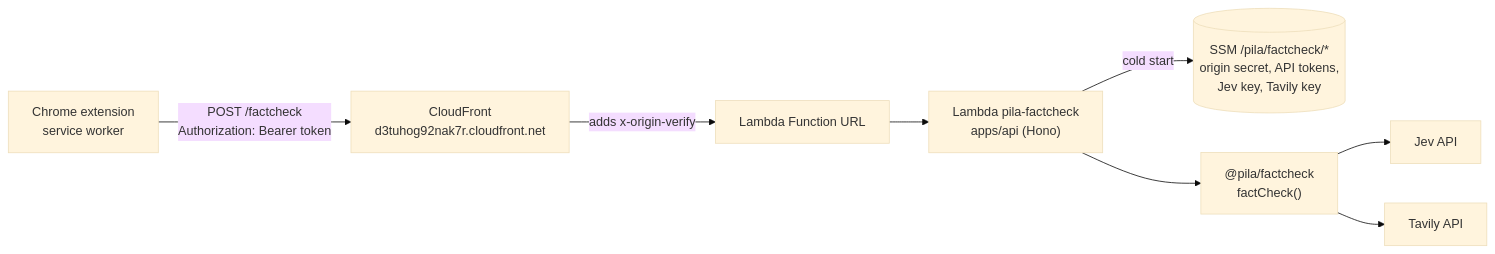
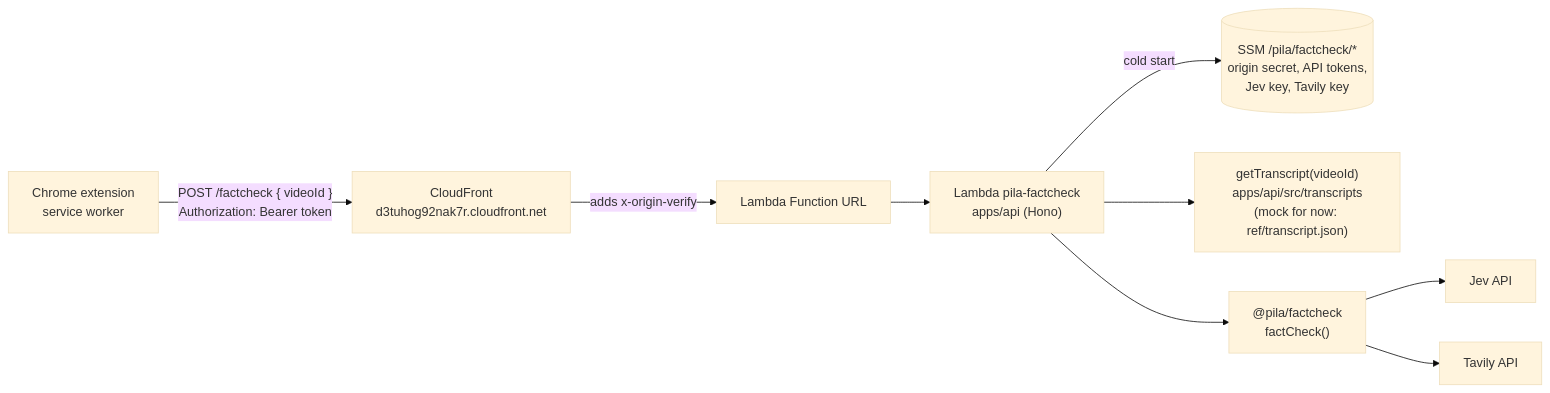
Before and after one commit to twbraam/pila: the first of 6 diagrams in packages/factcheck/docs/workflow.md, drawn with Mermaid (base theme). The commit also changed other lines of this file and 19 other files, not shown here.

First line of the commit message:
feat: API takes a YouTube video ID and loads the transcript itself

````diff
--- a/packages/factcheck/docs/workflow.md
+++ b/packages/factcheck/docs/workflow.md
@@ -13,10 +14,11 @@
 ```mermaid
 flowchart LR
-    EXT["Chrome extension<br/>service worker"] -->|"POST /factcheck<br/>Authorization: Bearer token"| CF["CloudFront<br/>d3tuhog92nak7r.cloudfront.net"]
+    EXT["Chrome extension<br/>service worker"] -->|"POST /factcheck { videoId }<br/>Authorization: Bearer token"| CF["CloudFront<br/>d3tuhog92nak7r.cloudfront.net"]
     CF -->|"adds x-origin-verify"| URL["Lambda Function URL"]
     URL --> L["Lambda pila-factcheck<br/>apps/api (Hono)"]
     L -->|"cold start"| SSM[("SSM /pila/factcheck/*<br/>origin secret, API tokens,<br/>Jev key, Tavily key")]
+    L --> TR["getTranscript(videoId)<br/>apps/api/src/transcripts<br/>(mock for now: ref/transcript.json)"]
     L --> LIB["@pila/factcheck<br/>factCheck()"]
     LIB --> J["Jev API"]
     LIB --> T["Tavily API"]
 ```
````
